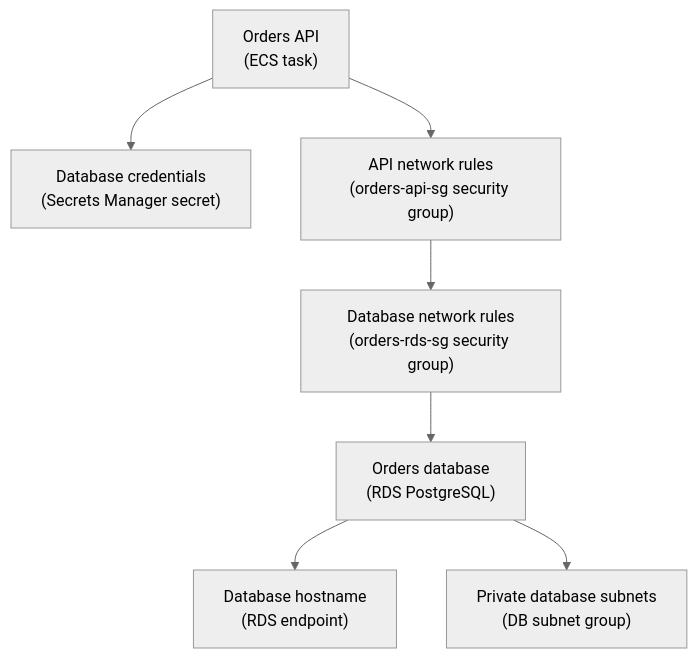
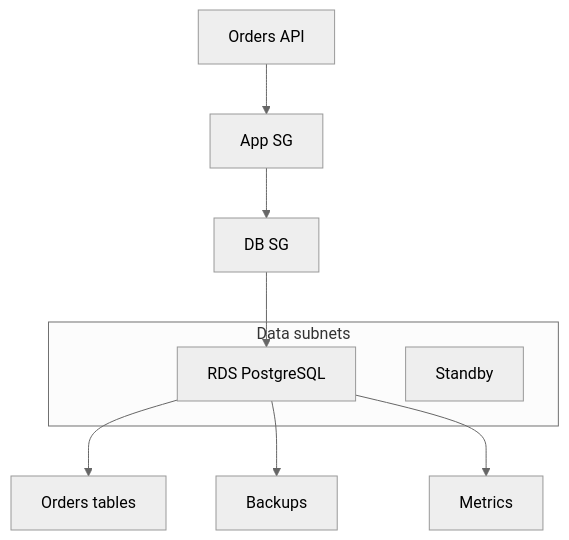
The diagram in cloud-providers/aws/storage-databases/rds-relational-databases.md (senlinyy/dev-roadmaps), drawn with Mermaid (neutral theme) before and after one commit. The commit also changed other lines of this file and 275 other files, not shown here.

Commit message:
feat: roadmap structure update

````diff
--- a/cloud-providers/aws/storage-databases/rds-relational-databases.md
+++ b/cloud-providers/aws/storage-databases/rds-relational-databases.md
@@ -111,17 +168,15 @@
 ```mermaid
-flowchart TD
-    App["Orders API<br/>(ECS task)"]
-    Secret["Database credentials<br/>(Secrets Manager secret)"]
-    SGApp["API network rules<br/>(orders-api-sg security group)"]
-    SGRds["Database network rules<br/>(orders-rds-sg security group)"]
-    Subnets["Private database subnets<br/>(DB subnet group)"]
-    RDS["Orders database<br/>(RDS PostgreSQL)"]
-    Endpoint["Database hostname<br/>(RDS endpoint)"]
+flowchart TB
+    App["Orders API"] --> SG["App SG"]
+    SG --> DBSG["DB SG"]
+    DBSG --> RDS["RDS PostgreSQL"]
 
-    App --> Secret
-    App --> SGApp
-    SGApp --> SGRds
-    SGRds --> RDS
-    RDS --> Endpoint
-    RDS --> Subnets
+    subgraph Data["Data subnets"]
+        RDS
+        Standby["Standby"]
+    end
+
+    RDS --> Tables["Orders tables"]
+    RDS --> Backups["Backups"]
+    RDS --> Metrics["Metrics"]
 ```
````
